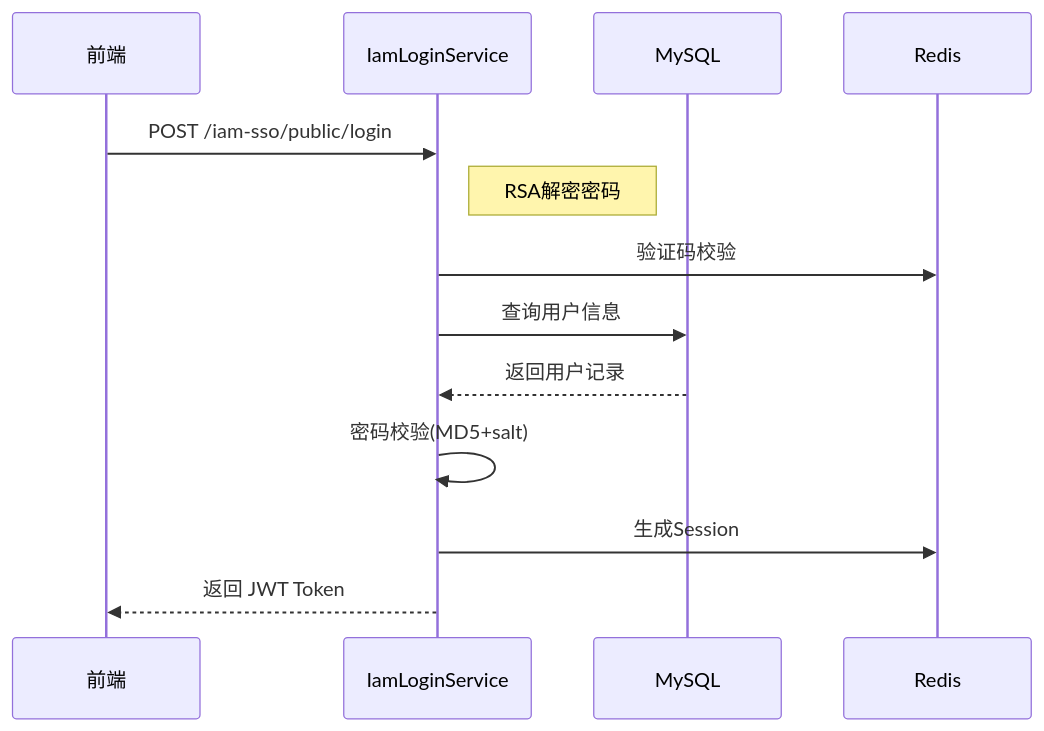
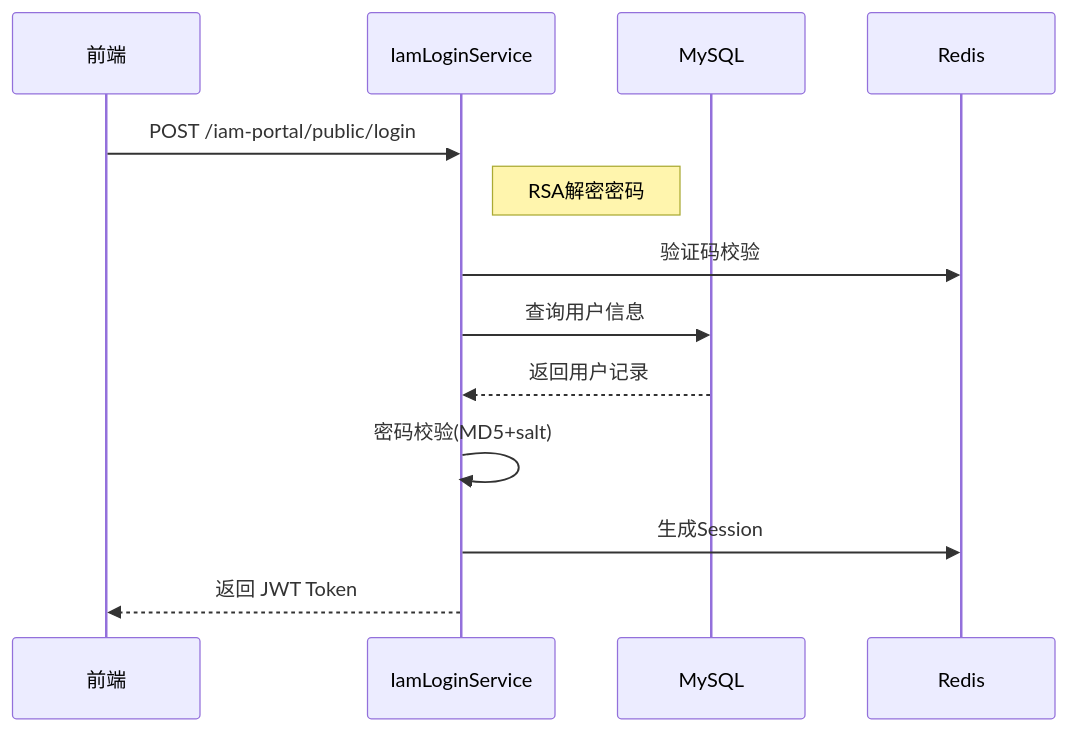
One commit to shrimp-group/sh-iam changed the first of 2 diagrams in docs/architecture/system-architecture.md. Above: the diagram before and after it, drawn with Mermaid. The commit also changed other lines of this file and 32 other files, not shown here.

````diff
--- a/docs/architecture/system-architecture.md
+++ b/docs/architecture/system-architecture.md
@@ -88,16 +88,16 @@
 ```mermaid
 sequenceDiagram
     participant Client as 前端
     participant SSO as IamLoginService
     participant DB as MySQL
     participant Redis as Redis
 
-    Client->>SSO: POST /iam-sso/public/login
+    Client->>SSO: POST /iam-portal/public/login
     Note right of SSO: RSA解密密码
     SSO->>Redis: 验证码校验
     SSO->>DB: 查询用户信息
     DB-->>SSO: 返回用户记录
     SSO->>SSO: 密码校验(MD5+salt)
     SSO->>Redis: 生成Session
     SSO-->>Client: 返回 JWT Token
 ```
````
